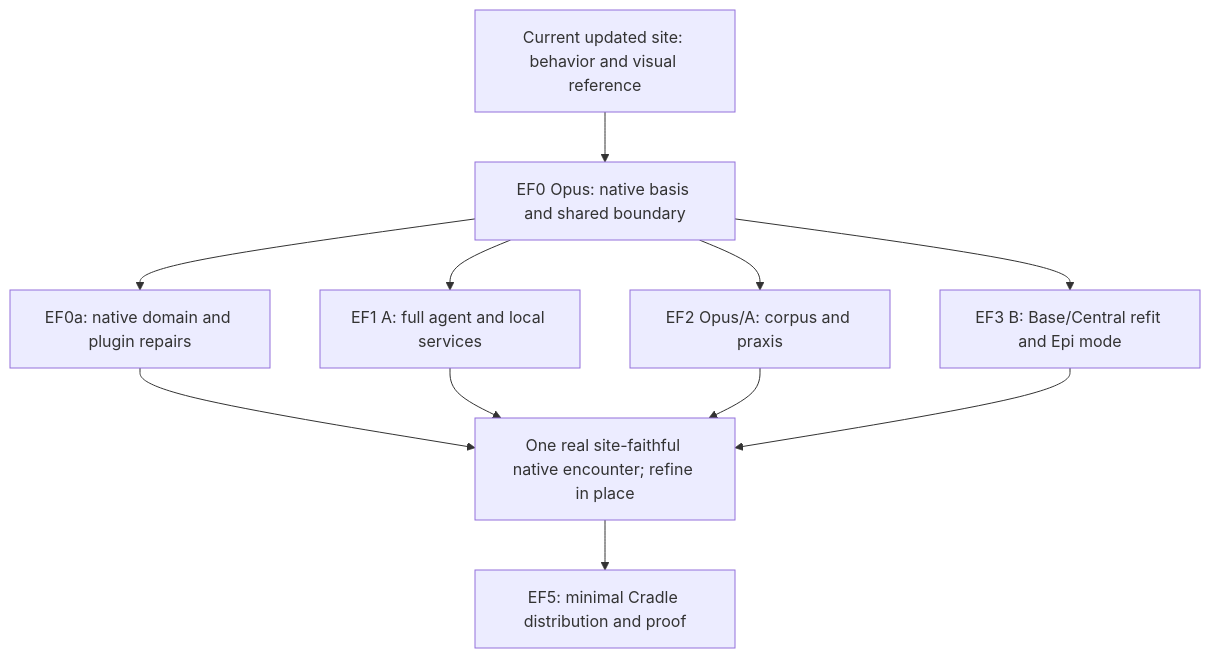
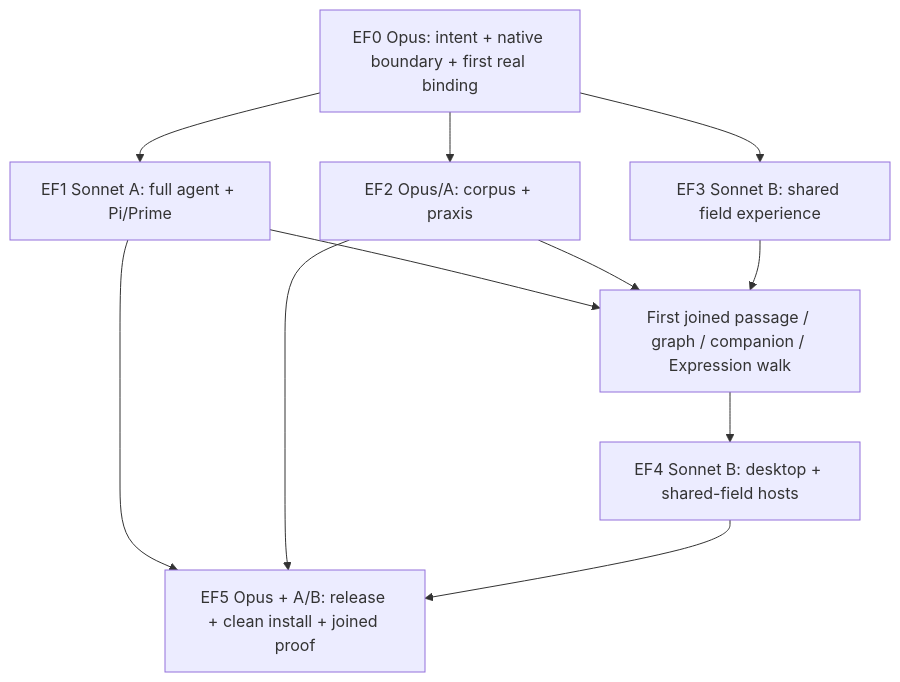
Before and after one commit to EpiLogos/O-I: the diagram in .wayfinder/maps/epi-logos-field.md, drawn with Mermaid. The commit also changed other lines of this file, not shown here.

Commit message:
docs(wayfinder): commission full Epi-Logos field delivery and two-lane execution (#592)

````diff
--- a/.wayfinder/maps/epi-logos-field.md
+++ b/.wayfinder/maps/epi-logos-field.md
@@ -206,21 +198,20 @@
 ```mermaid
 flowchart TD
-  SITE[Current updated site: behavior and visual reference]
-  EF0[EF0 Opus: native basis and shared boundary]
-  EF0A[EF0a: native domain and plugin repairs]
-  EF1[EF1 A: full agent and local services]
-  EF2[EF2 Opus/A: corpus and praxis]
-  EF3[EF3 B: Base/Central refit and Epi mode]
-  USE[One real site-faithful native encounter; refine in place]
-  EF5[EF5: minimal Cradle distribution and proof]
-  SITE --> EF0
-  EF0 --> EF0A
+  EF0[EF0 Opus: intent + native boundary + first real binding]
+  EF1[EF1 Sonnet A: full agent + Pi/Prime]
+  EF2[EF2 Opus/A: corpus + praxis]
+  EF3[EF3 Sonnet B: shared field experience]
+  JOIN[First joined passage / graph / companion / Expression walk]
+  EF4[EF4 Sonnet B: desktop + shared-field hosts]
+  EF5[EF5 Opus + A/B: release + clean install + joined proof]
   EF0 --> EF1
   EF0 --> EF2
   EF0 --> EF3
-  EF0A --> USE
-  EF1 --> USE
-  EF2 --> USE
-  EF3 --> USE
-  USE --> EF5
+  EF1 --> JOIN
+  EF2 --> JOIN
+  EF3 --> JOIN
+  JOIN --> EF4
+  EF1 --> EF5
+  EF2 --> EF5
+  EF4 --> EF5
 ```
````
